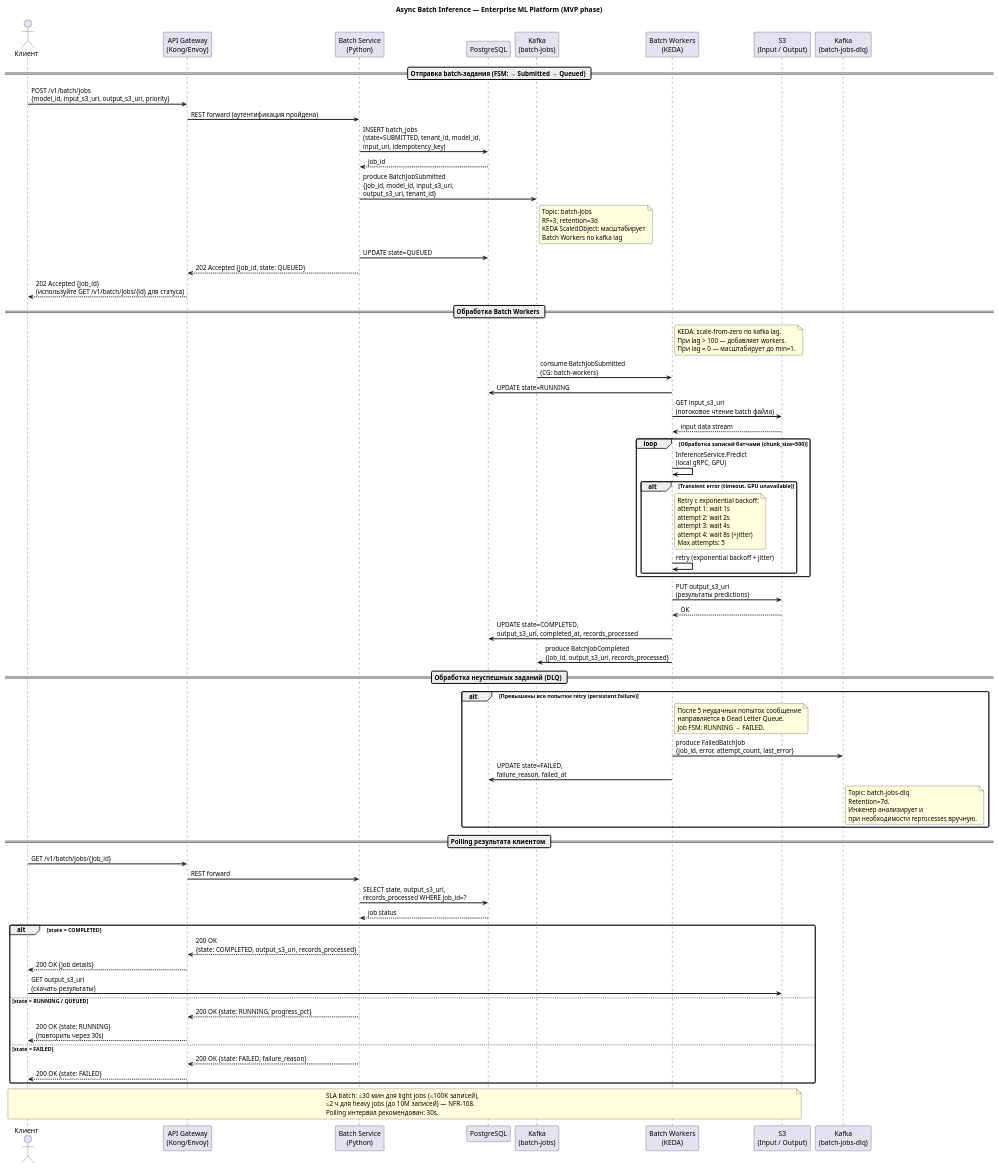
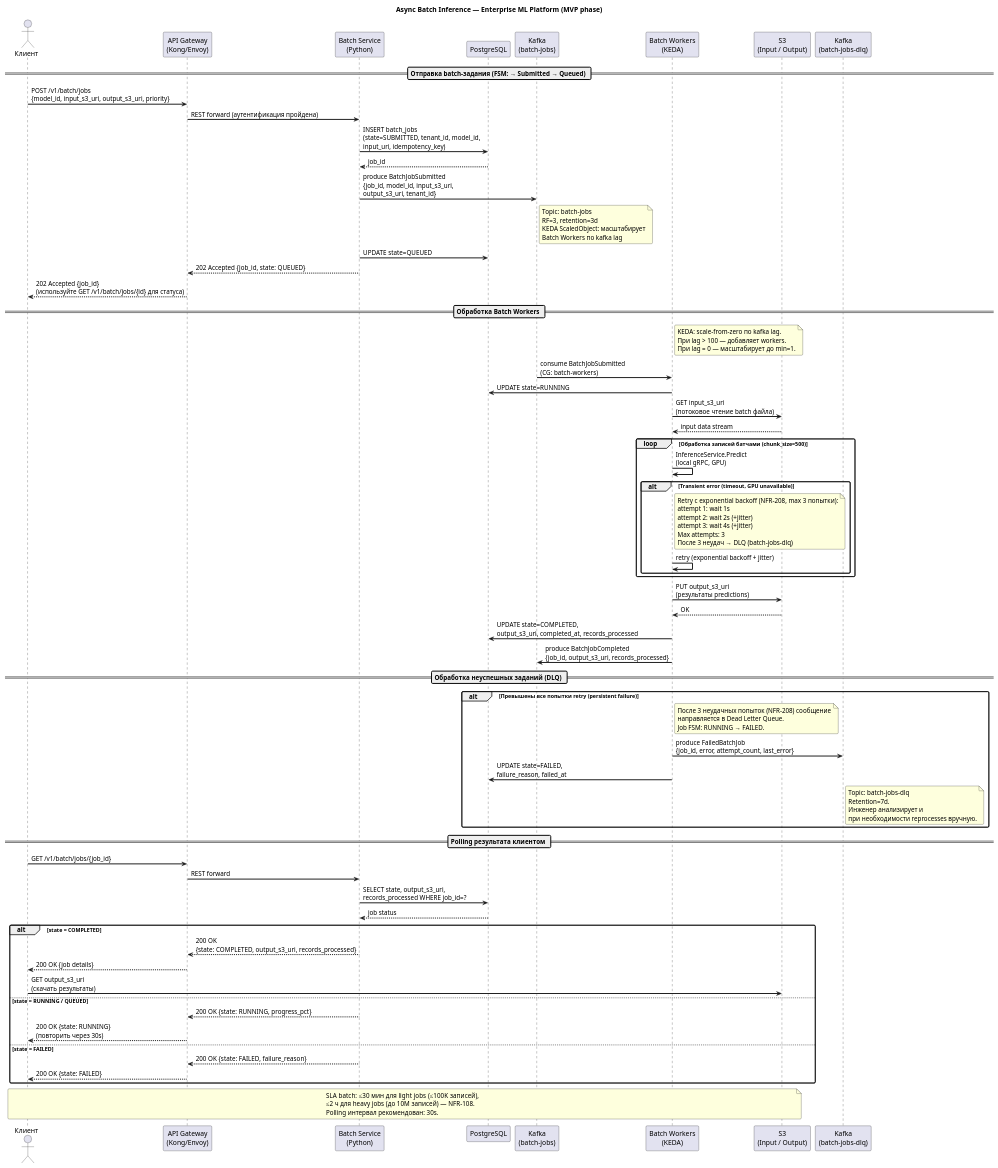
One commit to SelferRy/ml_platform_system_design changed the diagram in diagrams/sources/seq-batch-inference.puml. Above: the diagram before and after it, drawn with PlantUML. The commit also changed 7 other files, not shown here.

```diff
--- a/diagrams/sources/seq-batch-inference.puml
+++ b/diagrams/sources/seq-batch-inference.puml
@@ -1,116 +1,116 @@
 @startuml seq-batch-inference
 title Async Batch Inference — Enterprise ML Platform (MVP phase)
 
 skinparam sequenceArrowThickness 2
 skinparam roundcorner 5
 
 actor "Клиент" as Client
 participant "API Gateway\n(Kong/Envoy)" as GW
 participant "Batch Service\n(Python)" as Batch
 participant "PostgreSQL" as PG
 participant "Kafka\n(batch-jobs)" as Kafka
 participant "Batch Workers\n(KEDA)" as Workers
 participant "S3\n(Input / Output)" as S3
 participant "Kafka\n(batch-jobs-dlq)" as DLQ
 
 == Отправка batch-задания (FSM: → Submitted → Queued) ==
 
 Client -> GW : POST /v1/batch/jobs\n{model_id, input_s3_uri, output_s3_uri, priority}
 GW -> Batch : REST forward (аутентификация пройдена)
 
 Batch -> PG : INSERT batch_jobs\n(state=SUBMITTED, tenant_id, model_id,\ninput_uri, idempotency_key)
 PG --> Batch : job_id
 
 Batch -> Kafka : produce BatchJobSubmitted\n{job_id, model_id, input_s3_uri,\noutput_s3_uri, tenant_id}
 note right of Kafka
   Topic: batch-jobs
   RF=3, retention=3d
   KEDA ScaledObject: масштабирует
   Batch Workers по kafka lag
 end note
 
 Batch -> PG : UPDATE state=QUEUED
 Batch --> GW : 202 Accepted {job_id, state: QUEUED}
 GW --> Client : 202 Accepted {job_id}\n(используйте GET /v1/batch/jobs/{id} для статуса)
 
 == Обработка Batch Workers ==
 
 note right of Workers
   KEDA: scale-from-zero по kafka lag.
   При lag > 100 — добавляет workers.
   При lag = 0 — масштабирует до min=1.
 end note
 
 Kafka -> Workers : consume BatchJobSubmitted\n(CG: batch-workers)
 Workers -> PG : UPDATE state=RUNNING
 
 Workers -> S3 : GET input_s3_uri\n(потоковое чтение batch файла)
 S3 --> Workers : input data stream
 
 loop Обработка записей батчами (chunk_size=500)
     Workers -> Workers : InferenceService.Predict\n(local gRPC, GPU)
 
     alt Transient error (timeout, GPU unavailable)
         note right of Workers
-          Retry с exponential backoff:
+          Retry с exponential backoff (NFR-208, max 3 попытки):
           attempt 1: wait 1s
-          attempt 2: wait 2s
-          attempt 3: wait 4s
-          attempt 4: wait 8s (+jitter)
-          Max attempts: 5
+          attempt 2: wait 2s (+jitter)
+          attempt 3: wait 4s (+jitter)
+          Max attempts: 3
+          После 3 неудач → DLQ (batch-jobs-dlq)
         end note
         Workers -> Workers : retry (exponential backoff + jitter)
     end
 end
 
 Workers -> S3 : PUT output_s3_uri\n(результаты predictions)
 S3 --> Workers : OK
 
 Workers -> PG : UPDATE state=COMPLETED,\noutput_s3_uri, completed_at, records_processed
 Workers -> Kafka : produce BatchJobCompleted\n{job_id, output_s3_uri, records_processed}
 
 == Обработка неуспешных заданий (DLQ) ==
 
 alt Превышены все попытки retry (persistent failure)
     note right of Workers
-      После 5 неудачных попыток сообщение
+      После 3 неудачных попыток (NFR-208) сообщение
       направляется в Dead Letter Queue.
       Job FSM: RUNNING → FAILED.
     end note
     Workers -> DLQ : produce FailedBatchJob\n{job_id, error, attempt_count, last_error}
     Workers -> PG : UPDATE state=FAILED,\nfailure_reason, failed_at
 
     note right of DLQ
       Topic: batch-jobs-dlq
       Retention=7d.
       Инженер анализирует и
       при необходимости reprocesses вручную.
     end note
 end
 
 == Polling результата клиентом ==
 
 Client -> GW : GET /v1/batch/jobs/{job_id}
 GW -> Batch : REST forward
 Batch -> PG : SELECT state, output_s3_uri,\nrecords_processed WHERE job_id=?
 PG --> Batch : job status
 
 alt state = COMPLETED
     Batch --> GW : 200 OK\n{state: COMPLETED, output_s3_uri, records_processed}
     GW --> Client : 200 OK {job details}
     Client -> S3 : GET output_s3_uri\n(скачать результаты)
 else state = RUNNING / QUEUED
     Batch --> GW : 200 OK {state: RUNNING, progress_pct}
     GW --> Client : 200 OK {state: RUNNING}\n(повторить через 30s)
 else state = FAILED
     Batch --> GW : 200 OK {state: FAILED, failure_reason}
     GW --> Client : 200 OK {state: FAILED}
 end
 
 note over Client, S3
   SLA batch: ≤30 мин для light jobs (≤100K записей),
   ≤2 ч для heavy jobs (до 10M записей) — NFR-108.
   Polling интервал рекомендован: 30s.
 end note
 
 @enduml
```
